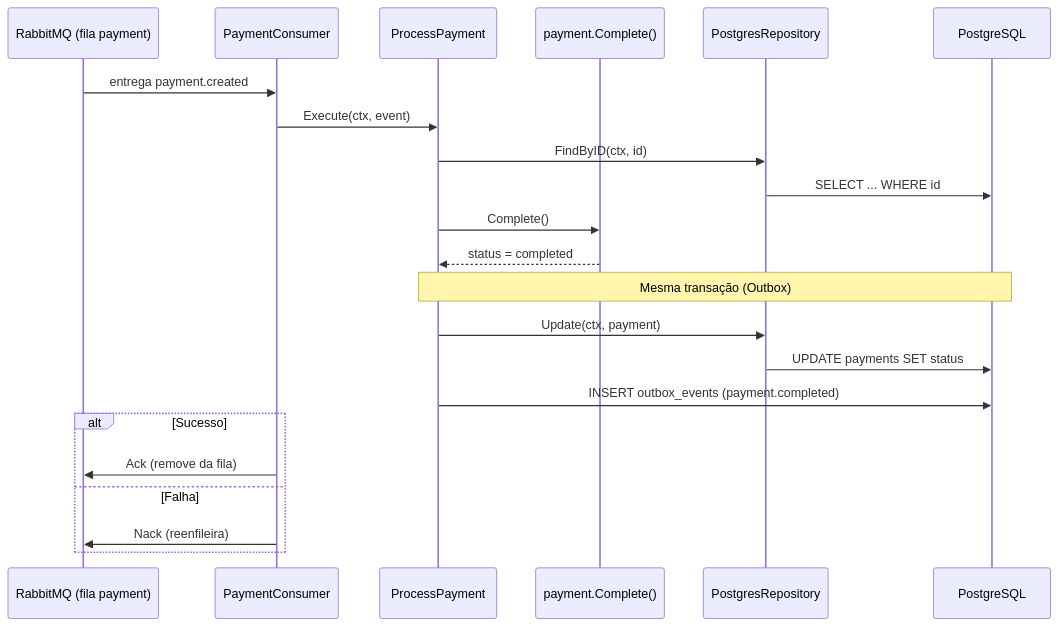
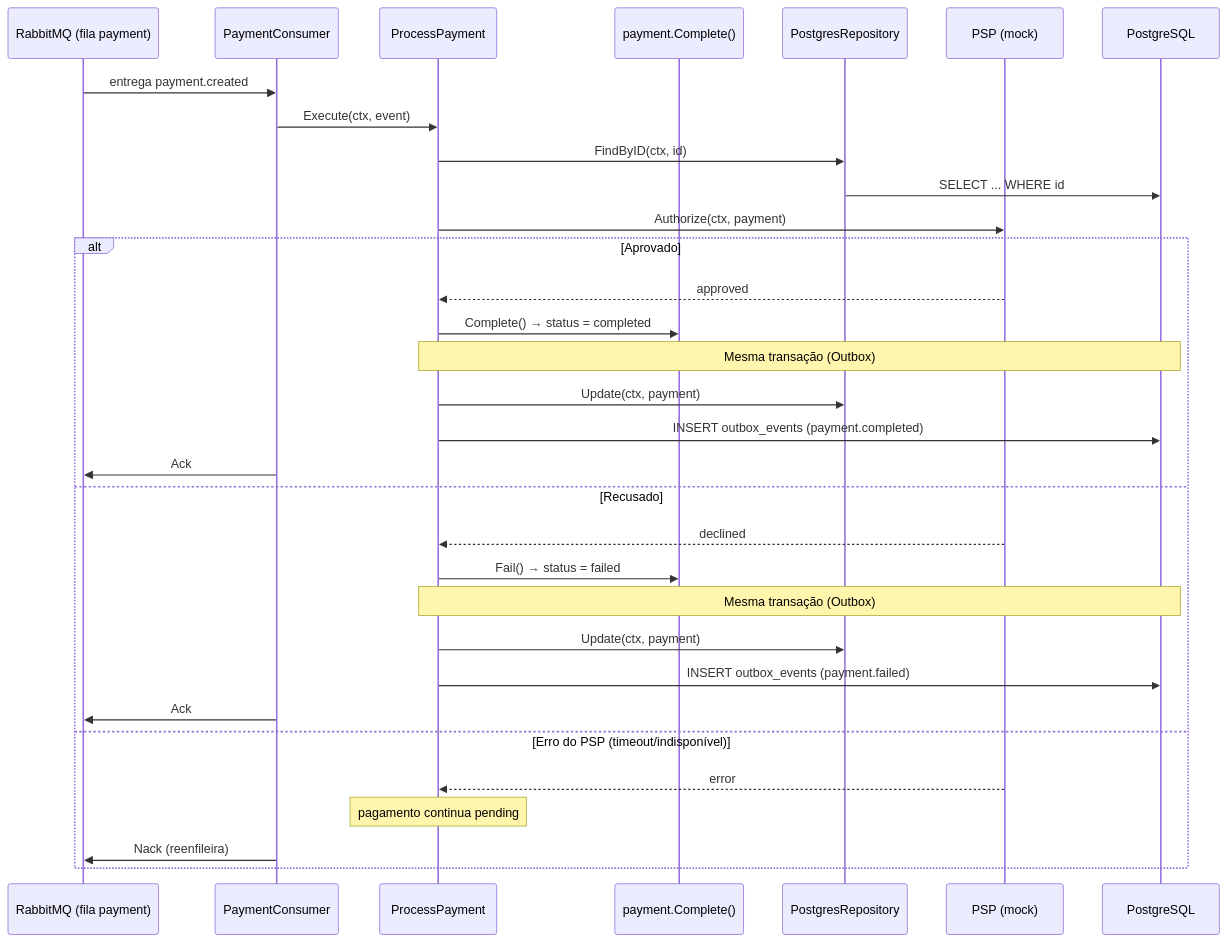
The fifth of 7 diagrams in README.md (VictordaSilvaf/payment_service), drawn with Mermaid before and after one commit. The commit also changed other lines of this file and 10 other files, not shown here.

First line of the commit message:
Enhance payment processing with PSP mock and event handling

````diff
--- a/README.md
+++ b/README.md
@@ -272,25 +275,35 @@
 ```mermaid
 sequenceDiagram
     participant RMQ as RabbitMQ (fila payment)
     participant Consumer as PaymentConsumer
     participant UC as ProcessPayment
     participant Domain as payment.Complete()
     participant Repo as PostgresRepository
+    participant PSP as PSP (mock)
     participant DB as PostgreSQL
 
     RMQ->>Consumer: entrega payment.created
     Consumer->>UC: Execute(ctx, event)
     UC->>Repo: FindByID(ctx, id)
     Repo->>DB: SELECT ... WHERE id
-    UC->>Domain: Complete()
-    Domain-->>UC: status = completed
-    Note over UC,DB: Mesma transação (Outbox)
-    UC->>Repo: Update(ctx, payment)
-    Repo->>DB: UPDATE payments SET status
-    UC->>DB: INSERT outbox_events (payment.completed)
-    alt Sucesso
-        Consumer->>RMQ: Ack (remove da fila)
-    else Falha
+    UC->>PSP: Authorize(ctx, payment)
+    alt Aprovado
+        PSP-->>UC: approved
+        UC->>Domain: Complete()  → status = completed
+        Note over UC,DB: Mesma transação (Outbox)
+        UC->>Repo: Update(ctx, payment)
+        UC->>DB: INSERT outbox_events (payment.completed)
+        Consumer->>RMQ: Ack
+    else Recusado
+        PSP-->>UC: declined
+        UC->>Domain: Fail()  → status = failed
+        Note over UC,DB: Mesma transação (Outbox)
+        UC->>Repo: Update(ctx, payment)
+        UC->>DB: INSERT outbox_events (payment.failed)
+        Consumer->>RMQ: Ack
+    else Erro do PSP (timeout/indisponível)
+        PSP-->>UC: error
+        Note over UC: pagamento continua pending
         Consumer->>RMQ: Nack (reenfileira)
     end
 ```
````
